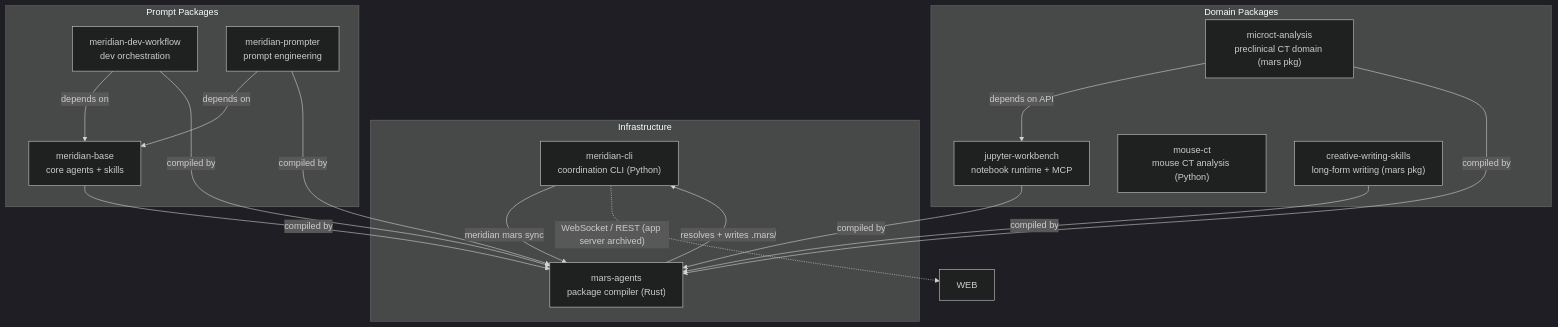
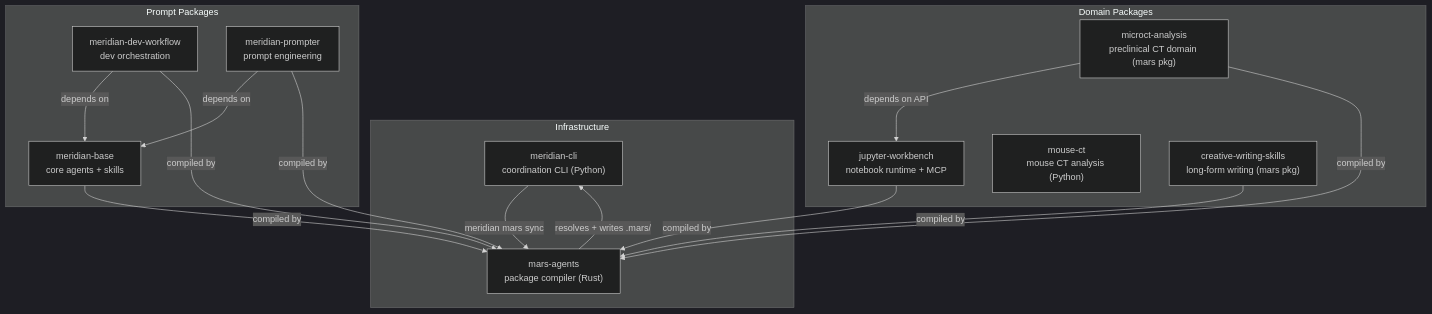
Before and after one commit to haowjy/meridian-cli-kb: the first of 2 diagrams in kb/ecosystem/overview.md, drawn with Mermaid (dark theme). The commit also changed other lines of this file and 2 other files, not shown here.

First line of the commit message:
docs(kb): remove meridian-web from the ecosystem map

````diff
--- a/kb/ecosystem/overview.md
+++ b/kb/ecosystem/overview.md
@@ -7,35 +7,34 @@
 ```mermaid
 graph TD
     subgraph infra["Infrastructure"]
         CLI["meridian-cli\ncoordination CLI (Python)"]
         MARS["mars-agents\npackage compiler (Rust)"]
     end
 
     subgraph prompts["Prompt Packages"]
         MB["meridian-base\ncore agents + skills"]
         MDW["meridian-dev-workflow\ndev orchestration"]
         MPR["meridian-prompter\nprompt engineering"]
     end
 
     subgraph domain["Domain Packages"]
         JW["jupyter-workbench\nnotebook runtime + MCP"]
         MCA["microct-analysis\npreclinical CT domain (mars pkg)"]
         MCT["mouse-ct\nmouse CT analysis (Python)"]
         CWS["creative-writing-skills\nlong-form writing (mars pkg)"]
     end
 
     MDW -- "depends on" --> MB
     MPR -- "depends on" --> MB
     MCA -- "depends on API" --> JW
 
     CLI -- "meridian mars sync" --> MARS
     MARS -- "resolves + writes .mars/" --> CLI
-    CLI -. "WebSocket / REST (app server archived)" .-> WEB
 
     MB -- "compiled by" --> MARS
     MDW -- "compiled by" --> MARS
     MPR -- "compiled by" --> MARS
     JW -- "compiled by" --> MARS
     CWS -- "compiled by" --> MARS
     MCA -- "compiled by" --> MARS
 ```
````
